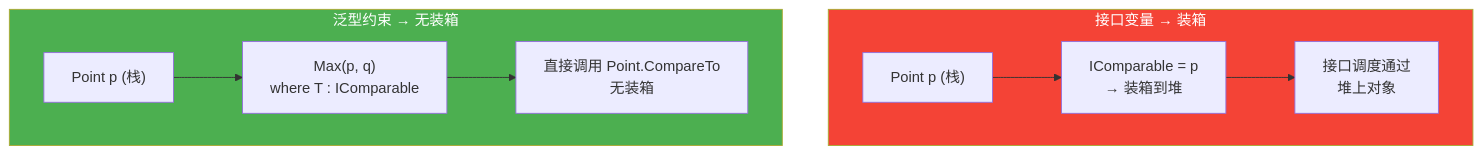
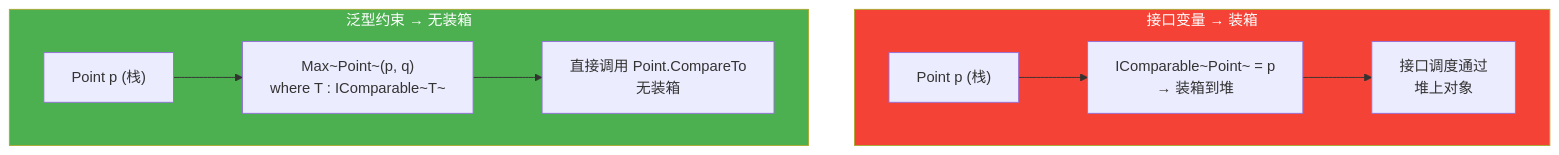
Before and after one commit to moklgydocs/moklgydocs.github.io: diagram 12 of 14 in src/后端开发/CSharp/CLR深度/04_接口与泛型原理/01_接口映射与多态实现.md, drawn with Mermaid. The commit also changed other lines of this file and 32 other files, not shown here.

````diff
--- a/src/后端开发/CSharp/CLR深度/04_接口与泛型原理/01_接口映射与多态实现.md
+++ b/src/后端开发/CSharp/CLR深度/04_接口与泛型原理/01_接口映射与多态实现.md
@@ -818,19 +820,19 @@
 ```mermaid
 flowchart TB
     subgraph Boxing["接口变量 → 装箱"]
         B1["Point p (栈)"]
-        B2["IComparable<Point> = p<br/>→ 装箱到堆"]
+        B2["IComparable~Point~ = p<br/>→ 装箱到堆"]
         B3["接口调度通过<br/>堆上对象"]
         B1 --> B2 --> B3
     end
 
     subgraph Generic["泛型约束 → 无装箱"]
         G1["Point p (栈)"]
-        G2["Max<Point>(p, q)<br/>where T : IComparable<T>"]
+        G2["Max~Point~(p, q)<br/>where T : IComparable~T~"]
         G3["直接调用 Point.CompareTo<br/>无装箱"]
         G1 --> G2 --> G3
     end
 
     style Boxing fill:#f44336,color:#fff
     style Generic fill:#4CAF50,color:#fff
 ```
````
